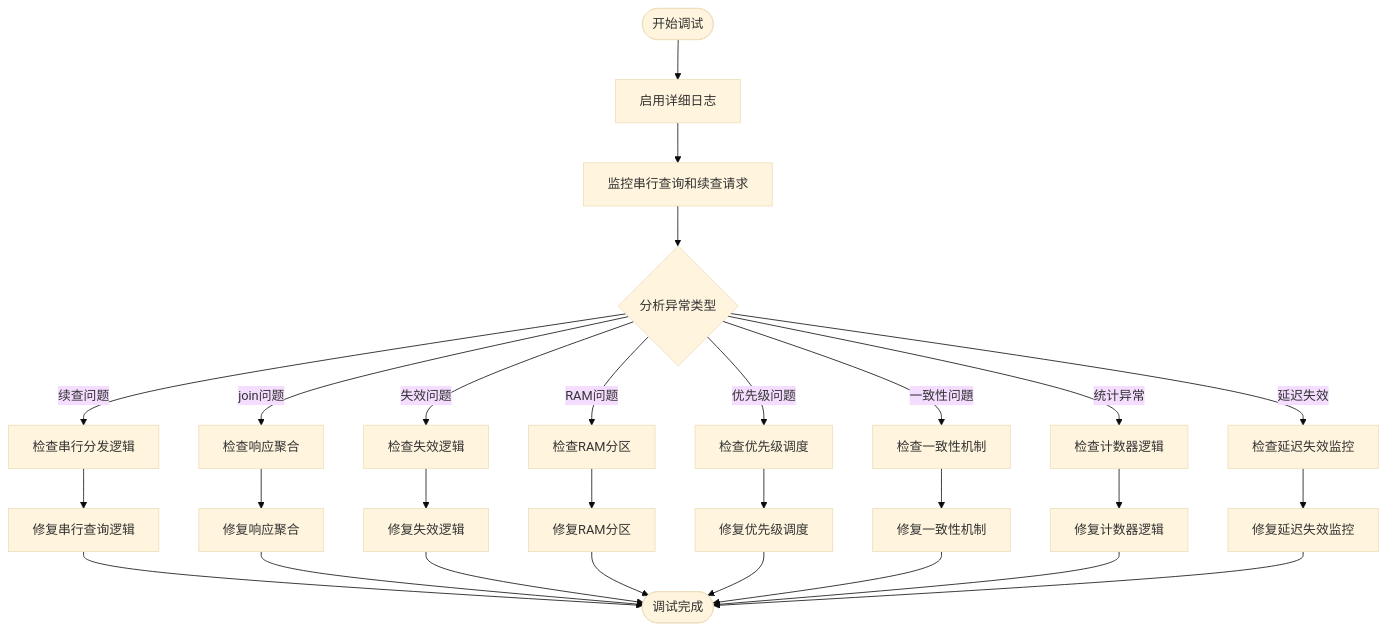
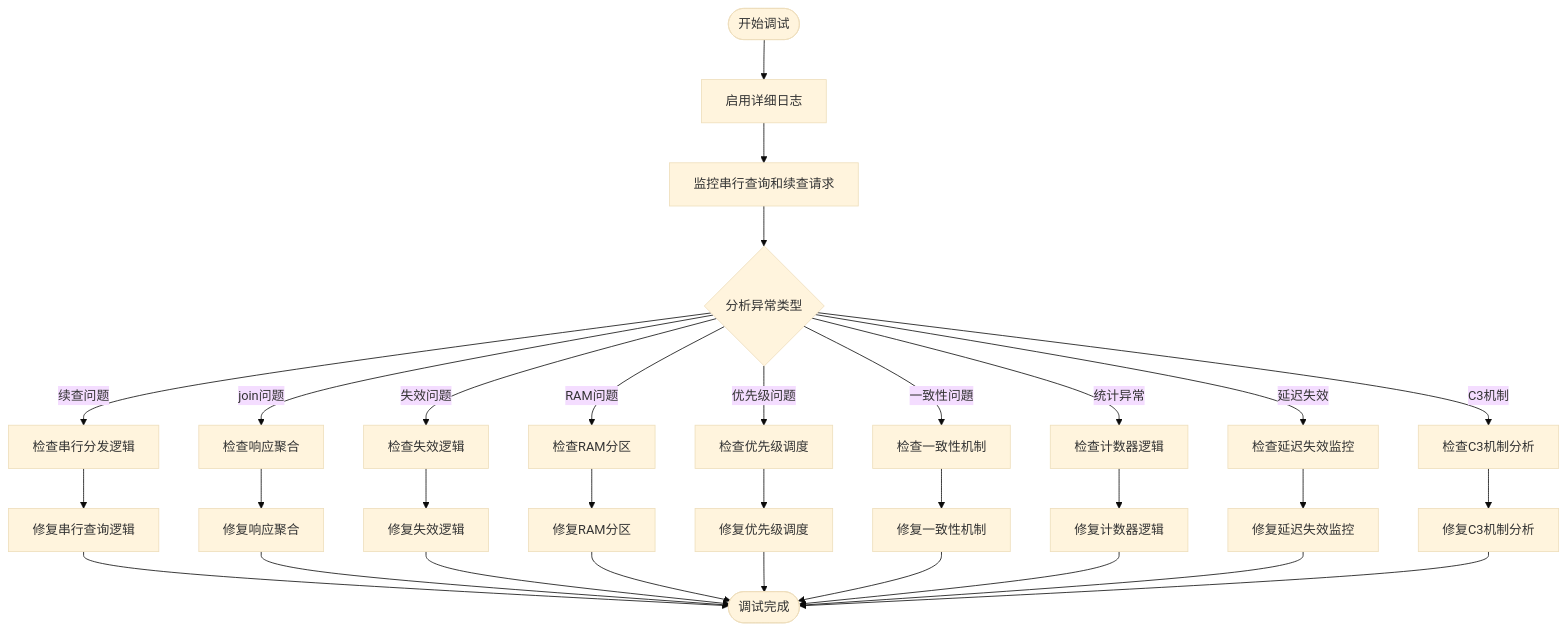
One commit to jiangjiang1122/iommu_model_20260401_v1 changed diagram 15 of 15 in .qoder/repowiki/zh/content/缓存系统/Walker缓存（地址转换遍历器缓存）.md. Above: the diagram before and after it, drawn with Mermaid (base theme). The commit also changed other lines of this file and 55 other files, not shown here.

````diff
--- a/.qoder/repowiki/zh/content/缓存系统/Walker缓存（地址转换遍历器缓存）.md
+++ b/.qoder/repowiki/zh/content/缓存系统/Walker缓存（地址转换遍历器缓存）.md
@@ -886,30 +1032,33 @@
 ```mermaid
 flowchart TD
 DebugStart([开始调试]) --> EnableLog["启用详细日志"]
 EnableLog --> Monitor["监控串行查询和续查请求"]
 Monitor --> Analyze{"分析异常类型"}
 Analyze --> |续查问题| CheckSerial["检查串行分发逻辑"]
 Analyze --> |join问题| CheckJoin["检查响应聚合"]
 Analyze --> |失效问题| CheckInval["检查失效逻辑"]
 Analyze --> |RAM问题| CheckRAM["检查RAM分区"]
 Analyze --> |优先级问题| CheckPriority["检查优先级调度"]
 Analyze --> |一致性问題| CheckCoherence["检查一致性机制"]
 Analyze --> |统计异常| CheckCounters["检查计数器逻辑"]
 Analyze --> |延迟失效| CheckLazyInval["检查延迟失效监控"]
+Analyze --> |C3机制| CheckC3Mech["检查C3机制分析"]
 CheckSerial --> FixSerial["修复串行查询逻辑"]
 CheckJoin --> FixJoin["修复响应聚合"]
 CheckInval --> FixInval["修复失效逻辑"]
 CheckRAM --> FixRAM["修复RAM分区"]
 CheckPriority --> FixPriority["修复优先级调度"]
 CheckCoherence --> FixCoherence["修复一致性机制"]
 CheckCounters --> FixCounters["修复计数器逻辑"]
 CheckLazyInval --> FixLazyInval["修复延迟失效监控"]
+CheckC3Mech --> FixC3Mech["修复C3机制分析"]
 FixSerial --> DebugEnd([调试完成])
 FixJoin --> DebugEnd
 FixInval --> DebugEnd
 FixRAM --> DebugEnd
 FixPriority --> DebugEnd
 FixCoherence --> DebugEnd
 FixCounters --> DebugEnd
 FixLazyInval --> DebugEnd
+FixC3Mech --> DebugEnd
 ```
````
